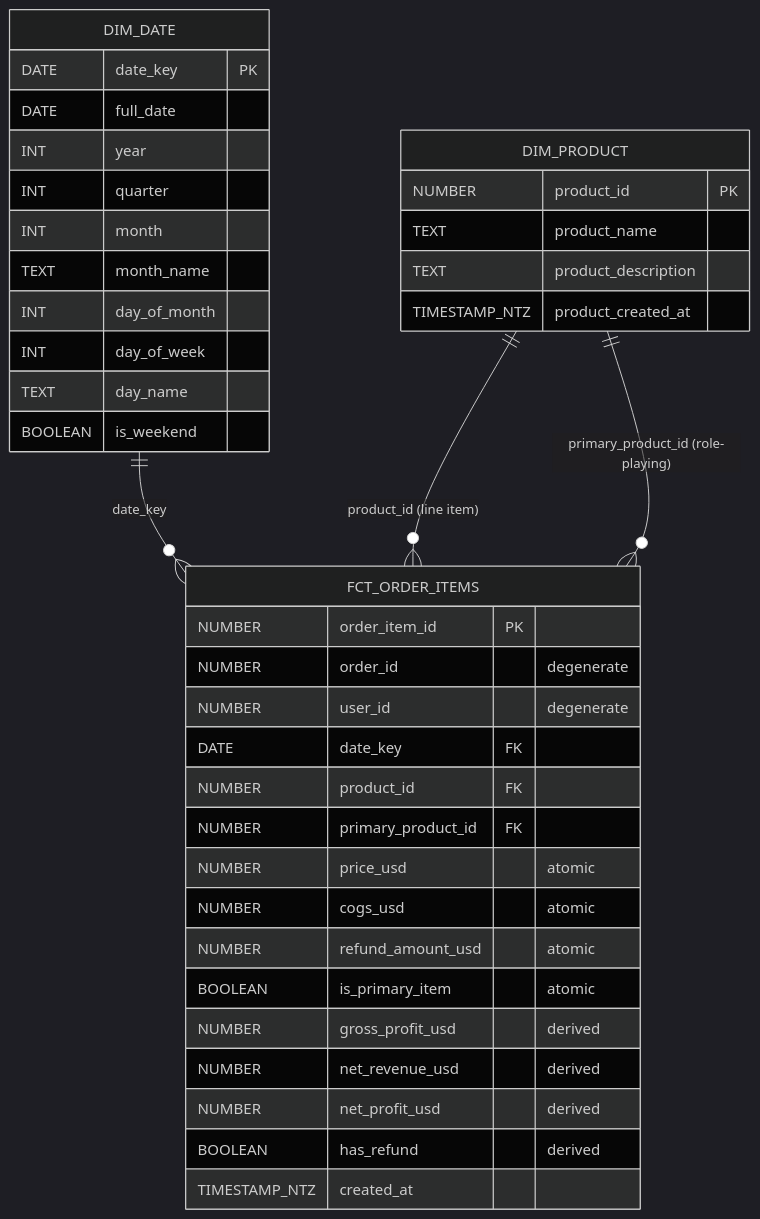
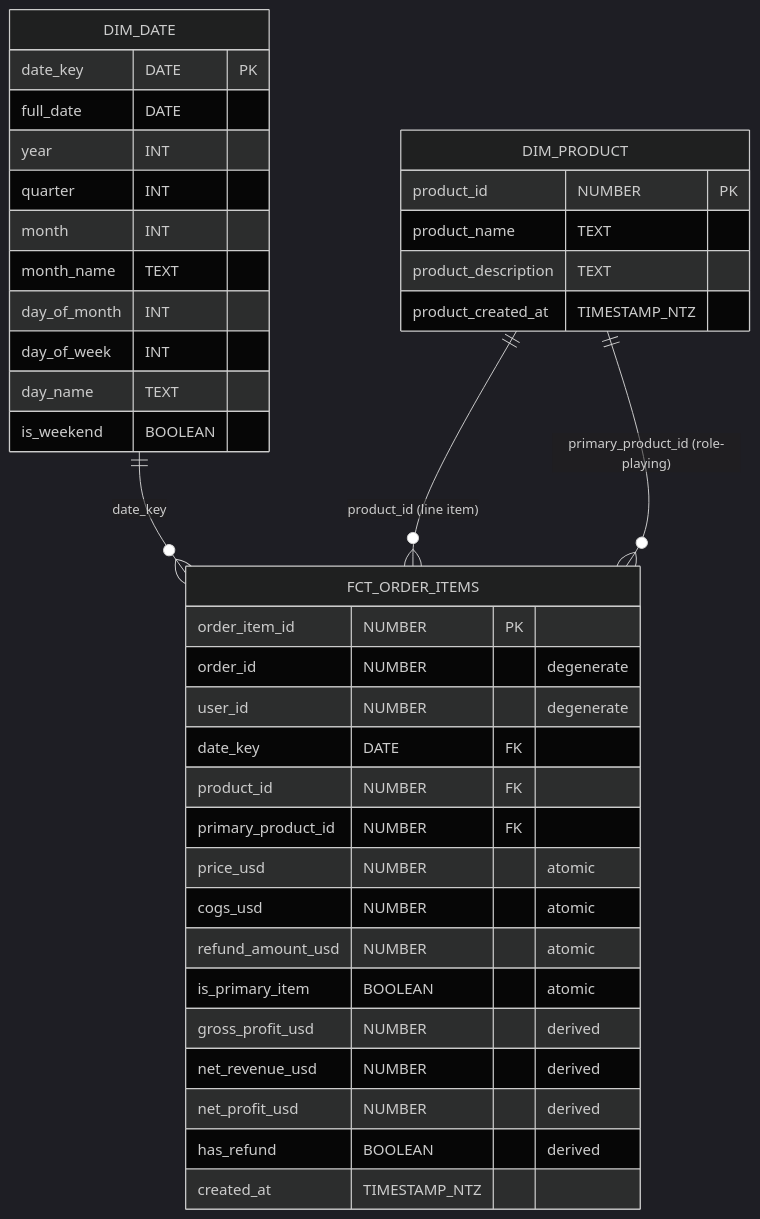
One commit to lontok/basket-craft-pipeline changed the diagram in docs/superpowers/specs/2026-04-26-star-schema-design.md. Above: the diagram before and after it, drawn with Mermaid (dark theme).

Commit message:
Swap column order in ERD: name first, then type

````diff
--- a/docs/superpowers/specs/2026-04-26-star-schema-design.md
+++ b/docs/superpowers/specs/2026-04-26-star-schema-design.md
@@ -64,44 +64,44 @@
 ```mermaid
 erDiagram
     DIM_DATE ||--o{ FCT_ORDER_ITEMS : "date_key"
     DIM_PRODUCT ||--o{ FCT_ORDER_ITEMS : "product_id (line item)"
     DIM_PRODUCT ||--o{ FCT_ORDER_ITEMS : "primary_product_id (role-playing)"
 
     DIM_DATE {
-        DATE date_key PK
-        DATE full_date
-        INT year
-        INT quarter
-        INT month
-        TEXT month_name
-        INT day_of_month
-        INT day_of_week
-        TEXT day_name
-        BOOLEAN is_weekend
+        date_key DATE PK
+        full_date DATE
+        year INT
+        quarter INT
+        month INT
+        month_name TEXT
+        day_of_month INT
+        day_of_week INT
+        day_name TEXT
+        is_weekend BOOLEAN
     }
 
     DIM_PRODUCT {
-        NUMBER product_id PK
-        TEXT product_name
-        TEXT product_description
-        TIMESTAMP_NTZ product_created_at
+        product_id NUMBER PK
+        product_name TEXT
+        product_description TEXT
+        product_created_at TIMESTAMP_NTZ
     }
 
     FCT_ORDER_ITEMS {
-        NUMBER order_item_id PK
-        NUMBER order_id "degenerate"
-        NUMBER user_id "degenerate"
-        DATE date_key FK
-        NUMBER product_id FK
-        NUMBER primary_product_id FK
-        NUMBER price_usd "atomic"
-        NUMBER cogs_usd "atomic"
-        NUMBER refund_amount_usd "atomic"
-        BOOLEAN is_primary_item "atomic"
-        NUMBER gross_profit_usd "derived"
-        NUMBER net_revenue_usd "derived"
-        NUMBER net_profit_usd "derived"
-        BOOLEAN has_refund "derived"
-        TIMESTAMP_NTZ created_at
+        order_item_id NUMBER PK
+        order_id NUMBER "degenerate"
+        user_id NUMBER "degenerate"
+        date_key DATE FK
+        product_id NUMBER FK
+        primary_product_id NUMBER FK
+        price_usd NUMBER "atomic"
+        cogs_usd NUMBER "atomic"
+        refund_amount_usd NUMBER "atomic"
+        is_primary_item BOOLEAN "atomic"
+        gross_profit_usd NUMBER "derived"
+        net_revenue_usd NUMBER "derived"
+        net_profit_usd NUMBER "derived"
+        has_refund BOOLEAN "derived"
+        created_at TIMESTAMP_NTZ
     }
 ```
````
